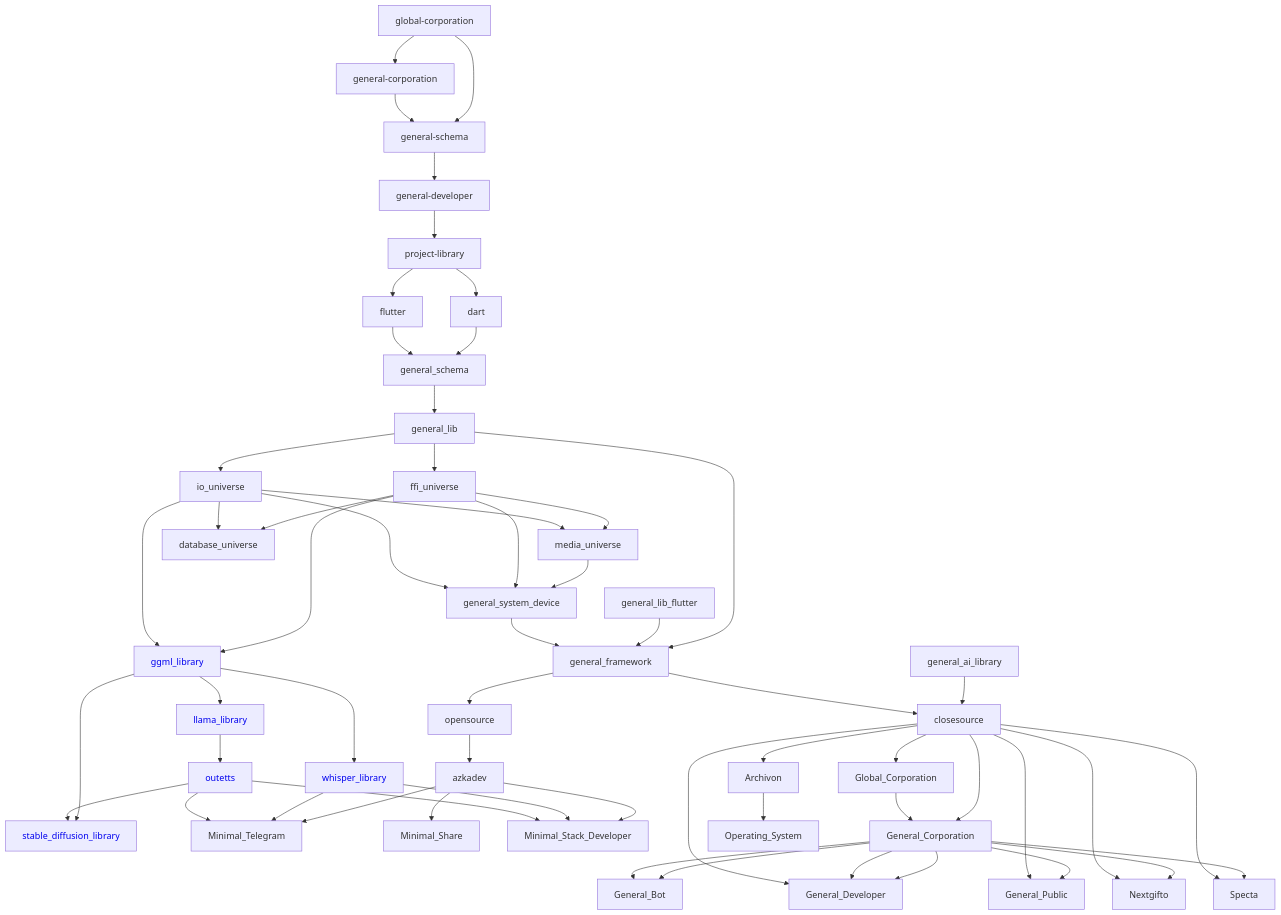
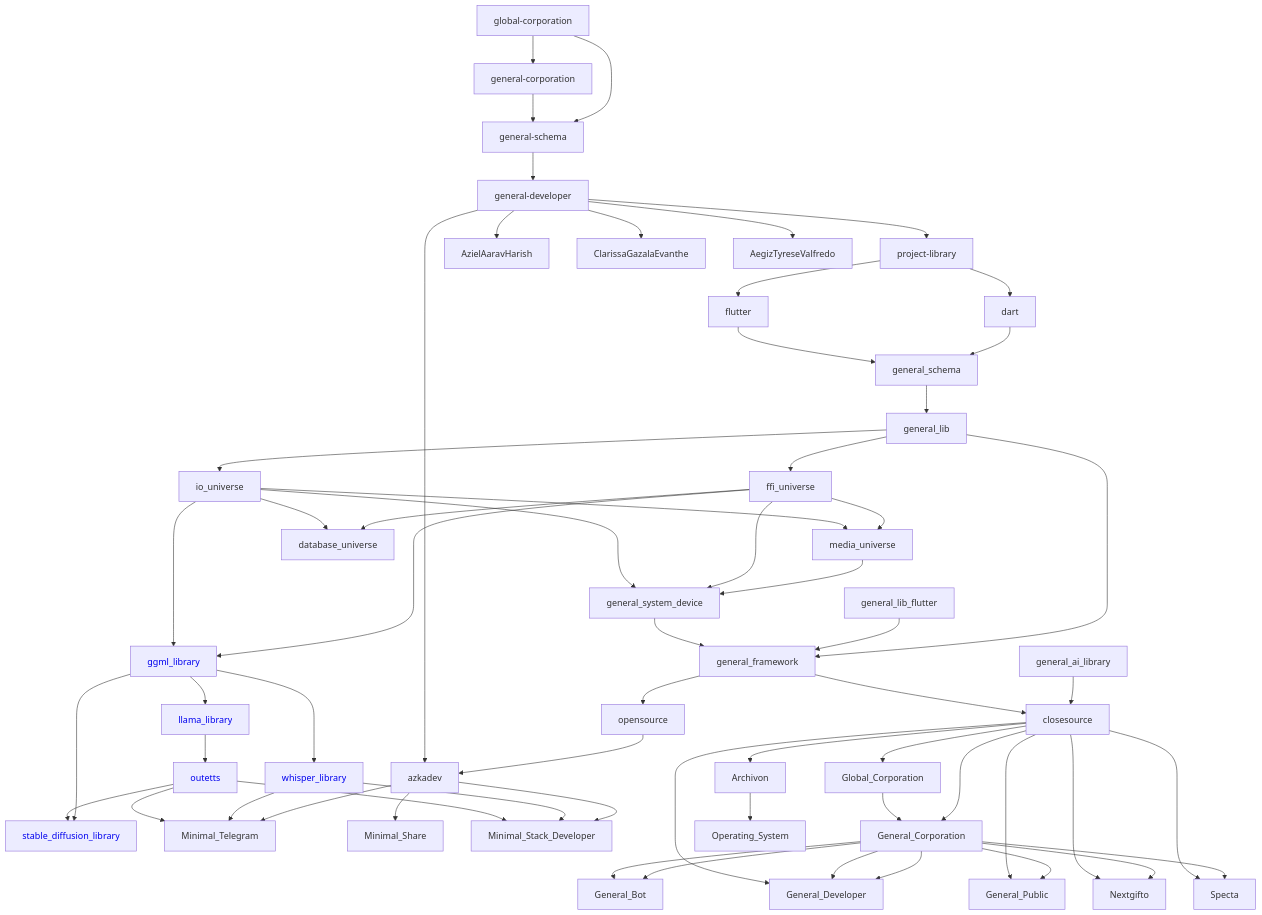
One commit to General-Developer/.github changed the diagram in profile/README.md. Above: the diagram before and after it, drawn with Mermaid.

```diff
--- a/profile/README.md
+++ b/profile/README.md
@@ -82,6 +82,12 @@
 closesource --> Nextgifto
 closesource --> Specta
 
+general-developer --> azkadev
+
+general-developer --> AzielAaravHarish
+general-developer --> ClarissaGazalaEvanthe
+general-developer --> AegizTyreseValfredo
+
 ggml_library[<a href="https://github.com/General-Developer/ggml_library" style="text-decoration:none;">ggml_library</a>];
 
 llama_library[<a href="https://github.com/General-Developer/llama_library" style="text-decoration:none;">llama_library</a>];
```
